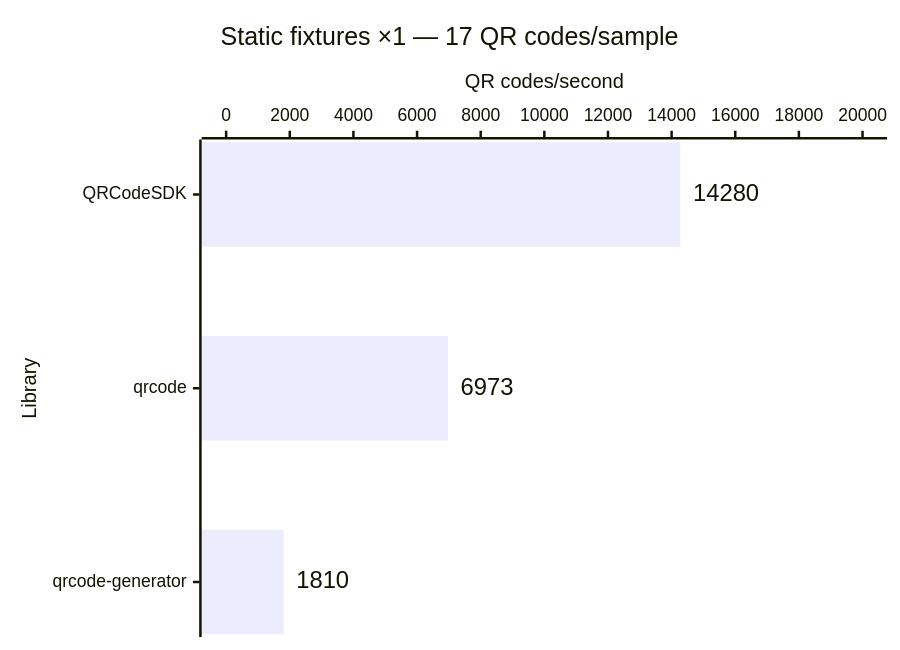
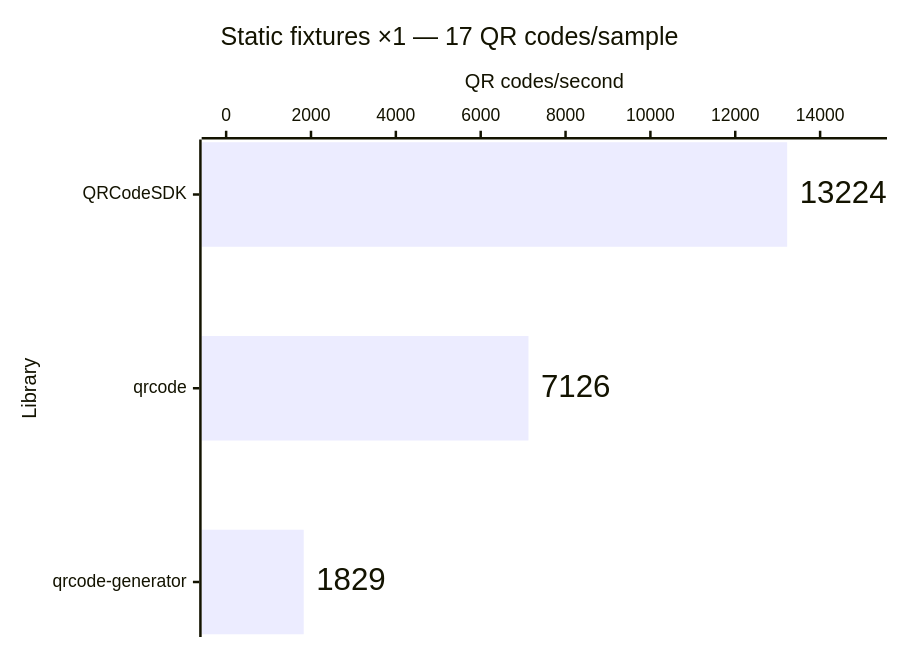
The first of 14 diagrams in apps/docs/src/content/docs/learn/performance.md (Dafnik/qrcodesdk), drawn with Mermaid before and after one commit. The commit also changed other lines of this file and 75 other files, not shown here.

````diff
--- a/apps/docs/src/content/docs/learn/performance.md
+++ b/apps/docs/src/content/docs/learn/performance.md
@@ -29,15 +29,15 @@
 ```mermaid
 ---
 config:
   xyChart:
     showDataLabel: true
     showDataLabelOutsideBar: true
 ---
 xychart horizontal
   accTitle: Matrix generation: Static fixtures ×1 — 17 QR codes/sample
-  accDescr: Throughput calculated from median time. QRCodeSDK 14,280 QR codes per second, qrcode 6,973 QR codes per second, qrcode-generator 1,810 QR codes per second. Higher is better.
+  accDescr: Throughput calculated from median time. QRCodeSDK 13,224 QR codes per second, qrcode 7,126 QR codes per second, qrcode-generator 1,829 QR codes per second. Higher is better.
   title "Static fixtures ×1 — 17 QR codes/sample"
   x-axis "Library" ["QRCodeSDK", "qrcode", "qrcode-generator"]
-  y-axis "QR codes/second" 0 --> 20000
-  bar [14280, 6973, 1810]
+  y-axis "QR codes/second" 0 --> 15000
+  bar [13224, 7126, 1829]
 ```
````
